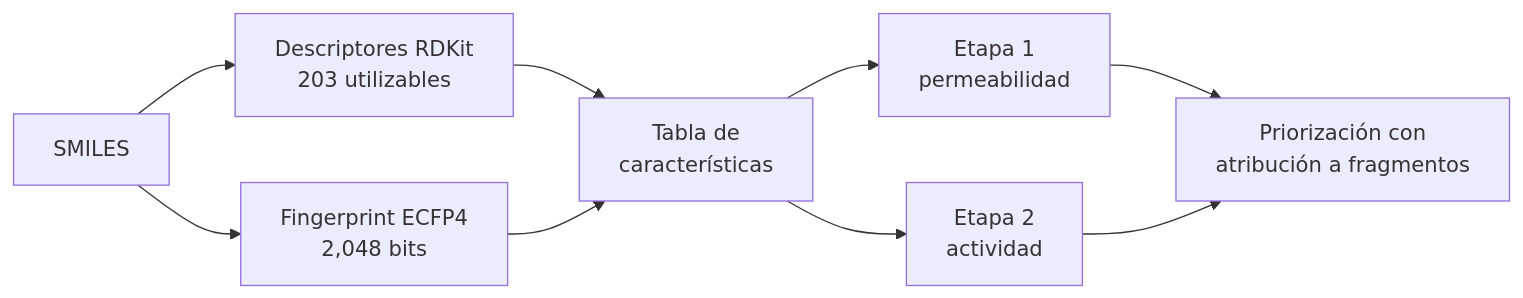
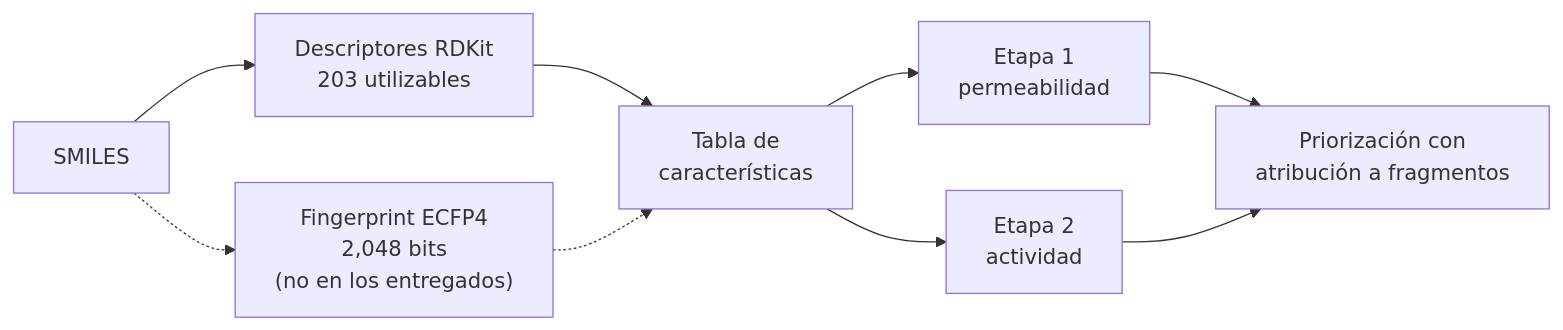
Before and after one commit to AntonioVazquezMartinez/Bioactive-AI: the diagram in presentacion.qmd, drawn with Mermaid. The commit also changed other lines of this file and 1 other file, not shown here.

````diff
--- a/presentacion.qmd
+++ b/presentacion.qmd
@@ -76,13 +76,13 @@
 ```{mermaid}
 %%| fig-width: 11
 %%{init: {"themeVariables": {"fontFamily": "Helvetica, Arial, sans-serif", "fontSize": "16px"}}}%%
 flowchart LR
     A["SMILES"] --> B["Descriptores RDKit<br/>203 utilizables"]
-    A --> C["Fingerprint ECFP4<br/>2,048 bits"]
+    A -.-> C["Fingerprint ECFP4<br/>2,048 bits<br/>(no en los entregados)"]
     B --> D["Tabla de<br/>características"]
-    C --> D
+    C -.-> D
     D --> E["Etapa 1<br/>permeabilidad"]
     D --> F["Etapa 2<br/>actividad"]
     E --> G["Priorización con<br/>atribución a fragmentos"]
     F --> G
 ```
````
